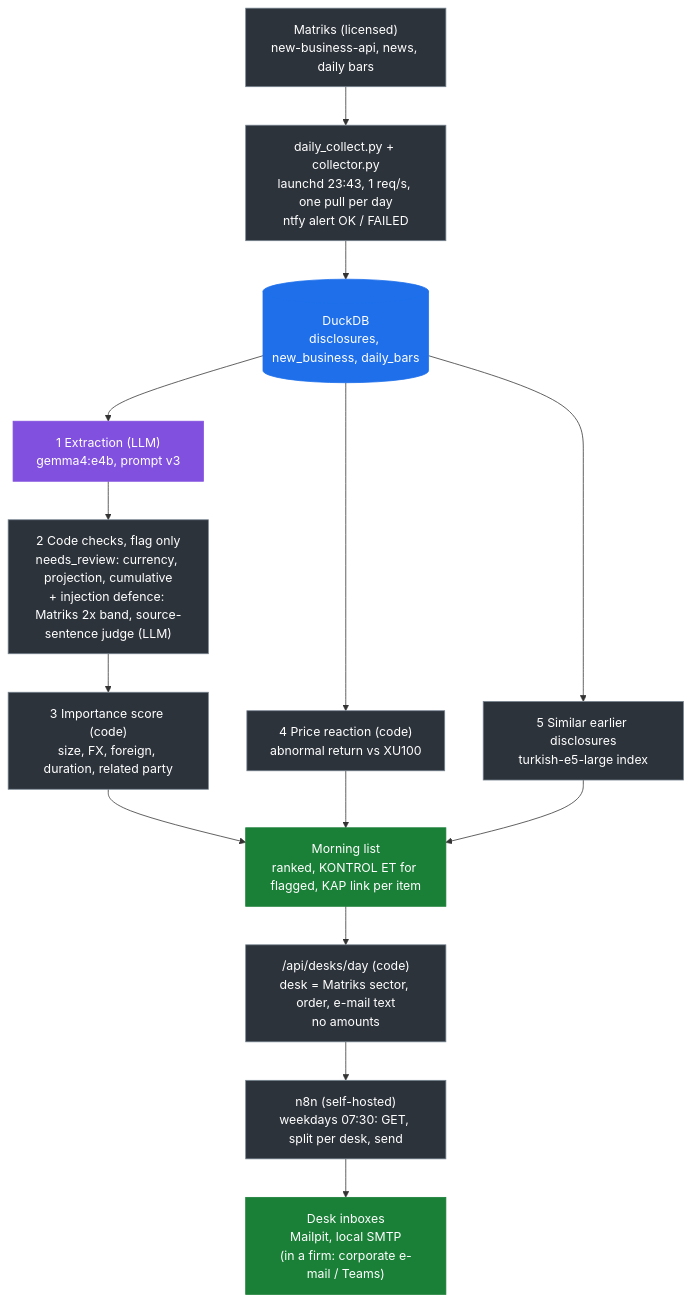
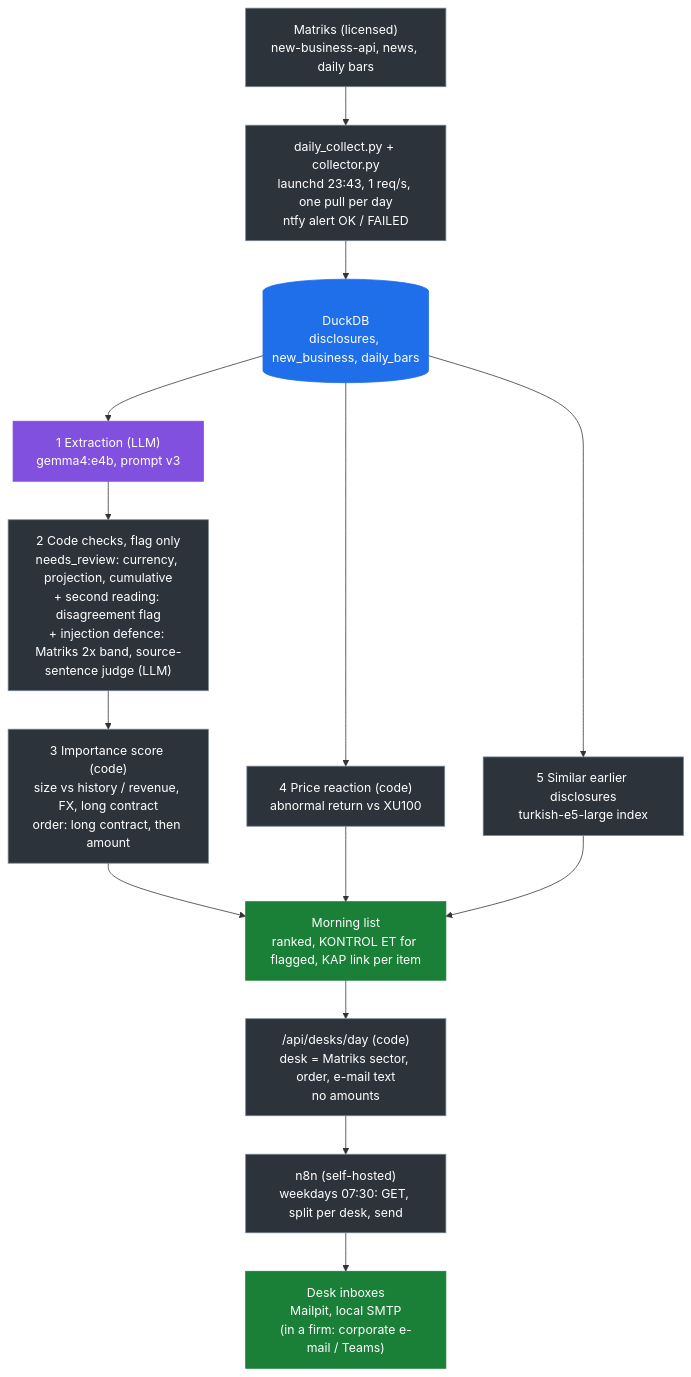
The first of 2 diagrams in docs/architecture.md (sfeyzayildiz/kap-triage), drawn with Mermaid before and after one commit. The commit also changed other lines of this file and 9 other files, not shown here.

Commit message:
Doc consistency scan: self-test count, script map, importance text, latency with two readings, forward-test days, Matriks agreement, docs index (#174)

````diff
--- a/docs/architecture.md
+++ b/docs/architecture.md
@@ -9,28 +9,28 @@
 ```mermaid
 flowchart TD
     classDef store fill:#1f6feb,stroke:#1f6feb,color:#ffffff
     classDef llm fill:#8250df,stroke:#8250df,color:#ffffff
     classDef code fill:#2d333b,stroke:#768390,color:#ffffff
     classDef out fill:#1a7f37,stroke:#1a7f37,color:#ffffff
 
     SRC["Matriks (licensed)<br/>new-business-api, news, daily bars"]:::code
     COL["daily_collect.py + collector.py<br/>launchd 23:43, 1 req/s, one pull per day<br/>ntfy alert OK / FAILED"]:::code
     DB[("DuckDB<br/>disclosures, new_business, daily_bars")]:::store
 
     LLM["1 Extraction (LLM)<br/>gemma4:e4b, prompt v3"]:::llm
-    CHK["2 Code checks, flag only<br/>needs_review: currency, projection, cumulative<br/>+ injection defence: Matriks 2x band, source-sentence judge (LLM)"]:::code
-    IMP["3 Importance score (code)<br/>size, FX, foreign, duration, related party"]:::code
+    CHK["2 Code checks, flag only<br/>needs_review: currency, projection, cumulative<br/>+ second reading: disagreement flag<br/>+ injection defence: Matriks 2x band, source-sentence judge (LLM)"]:::code
+    IMP["3 Importance score (code)<br/>size vs history / revenue, FX, long contract<br/>order: long contract, then amount"]:::code
     PM["4 Price reaction (code)<br/>abnormal return vs XU100"]:::code
     IDX["5 Similar earlier disclosures<br/>turkish-e5-large index"]:::code
 
     MORN["Morning list<br/>ranked, KONTROL ET for flagged, KAP link per item"]:::out
     API["/api/desks/day (code)<br/>desk = Matriks sector, order, e-mail text<br/>no amounts"]:::code
     N8N["n8n (self-hosted)<br/>weekdays 07:30: GET, split per desk, send"]:::code
     MAIL["Desk inboxes<br/>Mailpit, local SMTP<br/>(in a firm: corporate e-mail / Teams)"]:::out
 
     SRC --> COL --> DB
     DB --> LLM --> CHK --> IMP --> MORN
     DB --> PM --> MORN
     DB --> IDX --> MORN
     MORN --> API --> N8N --> MAIL
 ```
````
